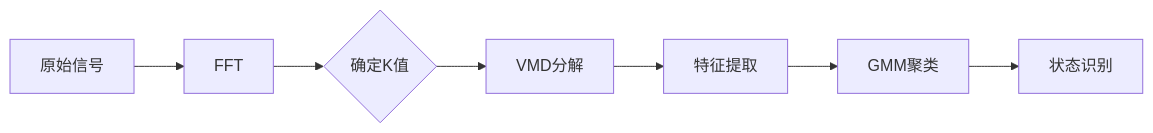
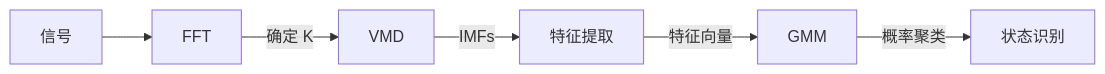
The diagram in doc/1035-fft-nvmd-gmm.rmd (KangWang42/R_note_for_Epidemiology), drawn with Mermaid before and after one commit. The commit also changed other lines of this file and 187 other files, not shown here.

Commit message:
fix: 修复面积图教程中的阶梯面积图代码错误并重新渲染网站

````diff
--- a/doc/1035-fft-nvmd-gmm.rmd
+++ b/doc/1035-fft-nvmd-gmm.rmd
@@ -30,9 +742,8 @@
 ```mermaid
-graph LR
-    A[原始信号] --> B[FFT]
-    B --> C{确定K值}
-    C --> D[VMD分解]
-    D --> E[特征提取]
-    E --> F[GMM聚类]
-    F --> G[状态识别]
+flowchart LR
+    A[信号] --> B[FFT]
+    B -->|确定 K| C[VMD]
+    C -->|IMFs| D[特征提取]
+    D -->|特征向量| E[GMM]
+    E -->|概率聚类| F[状态识别]
 ```
````
